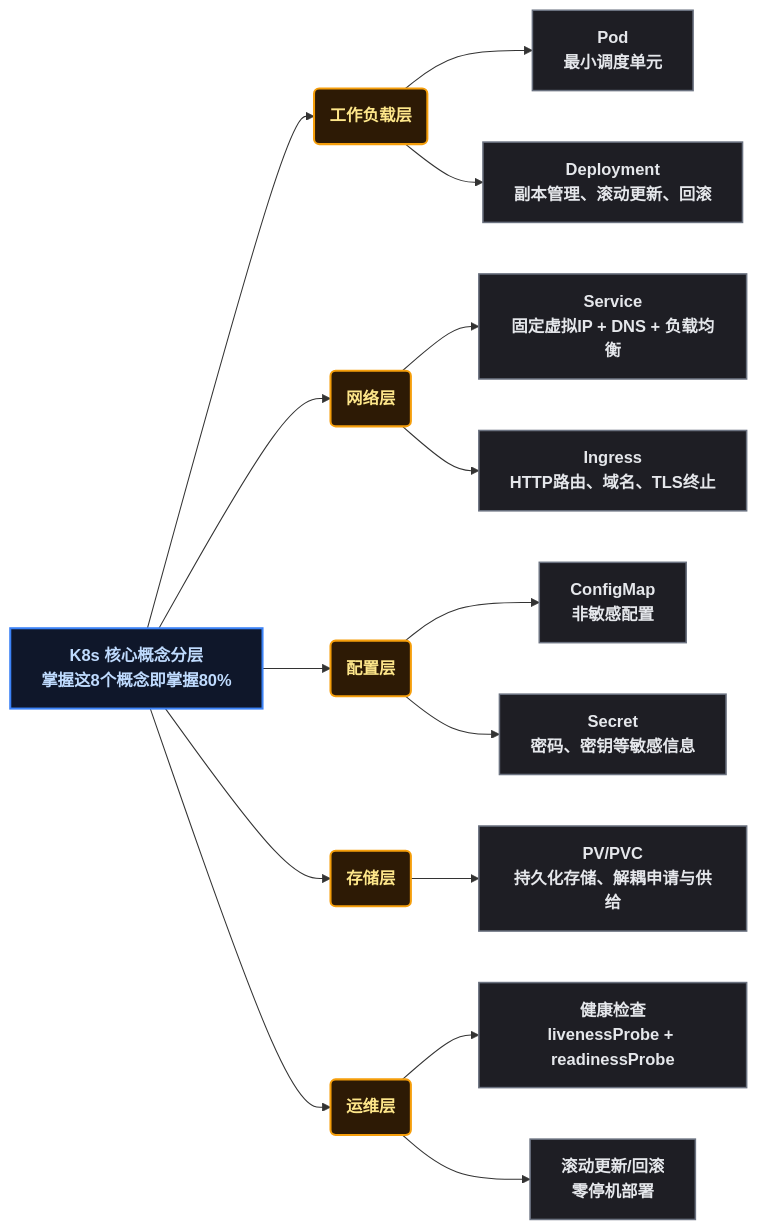
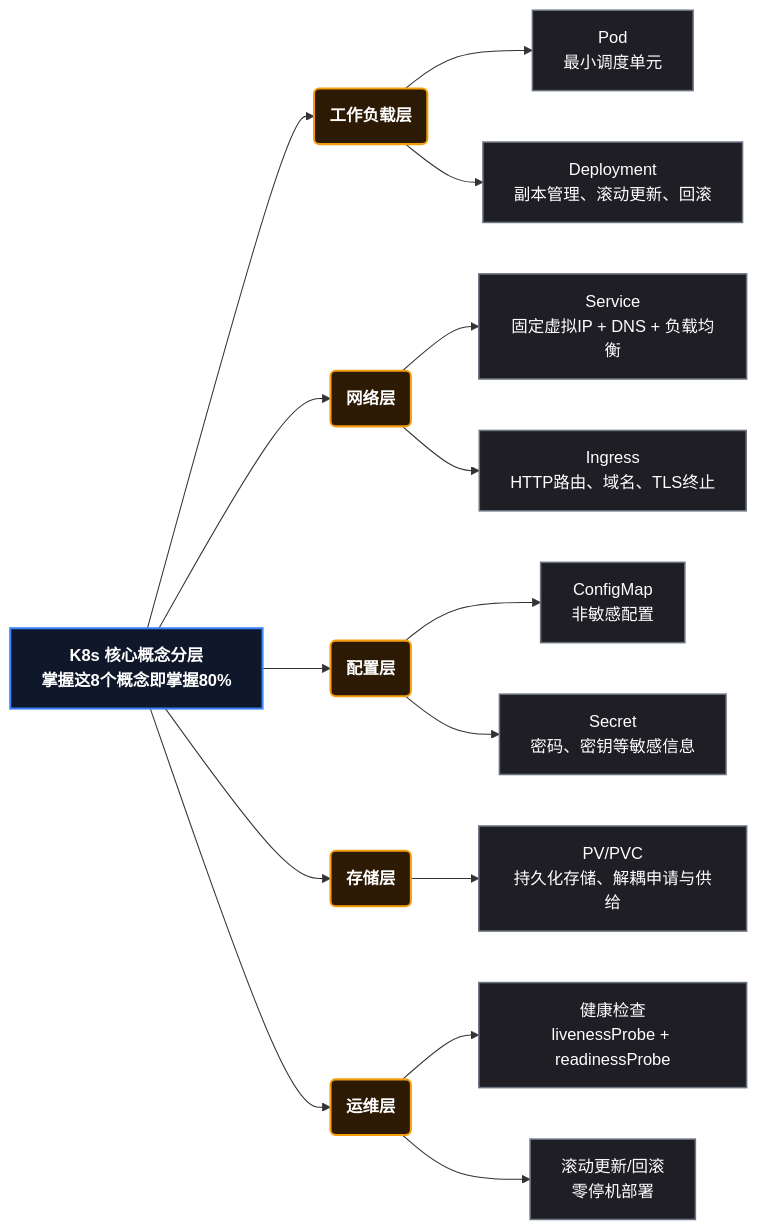
Before and after one commit to yaocat55/yaocat55.github.io: the fourth of 12 diagrams in content/posts/kubernetes/KindWslMigration.md, drawn with Mermaid. The commit also changed other lines of this file and 27 other files, not shown here.

Commit message:
docs: 全系列 93 张 Mermaid 图 classDef 改为 style 强制深底白字(修复部分渲染器白底浅字)+历史文件格式清理

````diff
--- a/content/posts/kubernetes/KindWslMigration.md
+++ b/content/posts/kubernetes/KindWslMigration.md
@@ -344,34 +354,42 @@
 ```mermaid
 flowchart LR
     %% ==========================================
     %% 样式定义
     %% ==========================================
-classDef root fill:#0f172a,stroke:#3b82f6,stroke-width:2px,color:#bfdbfe,font-weight:bold;
-classDef branch fill:#2d1a05,stroke:#f59e0b,stroke-width:2px,color:#fde68a,font-weight:bold;
-classDef leaf fill:#1e1e24,stroke:#6b7280,stroke-width:1.5px,color:#e5e7eb;
 
     ROOT[K8s 核心概念分层\n掌握这8个概念即掌握80%]
 
     ROOT --> L1(工作负载层)
     L1 --> L1A["Pod\n最小调度单元"]
     L1 --> L1B["Deployment\n副本管理、滚动更新、回滚"]
 
     ROOT --> L2(网络层)
     L2 --> L2A["Service\n固定虚拟IP + DNS + 负载均衡"]
     L2 --> L2B["Ingress\nHTTP路由、域名、TLS终止"]
 
     ROOT --> L3(配置层)
     L3 --> L3A["ConfigMap\n非敏感配置"]
     L3 --> L3B["Secret\n密码、密钥等敏感信息"]
 
     ROOT --> L4(存储层)
     L4 --> L4A["PV/PVC\n持久化存储、解耦申请与供给"]
 
     ROOT --> L5(运维层)
     L5 --> L5A["健康检查\nlivenessProbe + readinessProbe"]
     L5 --> L5B["滚动更新/回滚\n零停机部署"]
-
-    class ROOT root;
-    class L1,L2,L3,L4,L5 branch;
-    class L1A,L1B,L2A,L2B,L3A,L3B,L4A,L5A,L5B leaf;
+    style ROOT fill:#0f172a,stroke:#3b82f6,stroke-width:2px,color:#ffffff,font-weight:bold
+    style L1 fill:#2d1a05,stroke:#f59e0b,stroke-width:2px,color:#ffffff,font-weight:bold
+    style L2 fill:#2d1a05,stroke:#f59e0b,stroke-width:2px,color:#ffffff,font-weight:bold
+    style L3 fill:#2d1a05,stroke:#f59e0b,stroke-width:2px,color:#ffffff,font-weight:bold
+    style L4 fill:#2d1a05,stroke:#f59e0b,stroke-width:2px,color:#ffffff,font-weight:bold
+    style L5 fill:#2d1a05,stroke:#f59e0b,stroke-width:2px,color:#ffffff,font-weight:bold
+    style L1A fill:#1e1e24,stroke:#6b7280,stroke-width:1.5px,color:#ffffff
+    style L1B fill:#1e1e24,stroke:#6b7280,stroke-width:1.5px,color:#ffffff
+    style L2A fill:#1e1e24,stroke:#6b7280,stroke-width:1.5px,color:#ffffff
+    style L2B fill:#1e1e24,stroke:#6b7280,stroke-width:1.5px,color:#ffffff
+    style L3A fill:#1e1e24,stroke:#6b7280,stroke-width:1.5px,color:#ffffff
+    style L3B fill:#1e1e24,stroke:#6b7280,stroke-width:1.5px,color:#ffffff
+    style L4A fill:#1e1e24,stroke:#6b7280,stroke-width:1.5px,color:#ffffff
+    style L5A fill:#1e1e24,stroke:#6b7280,stroke-width:1.5px,color:#ffffff
+    style L5B fill:#1e1e24,stroke:#6b7280,stroke-width:1.5px,color:#ffffff
 ```
````
